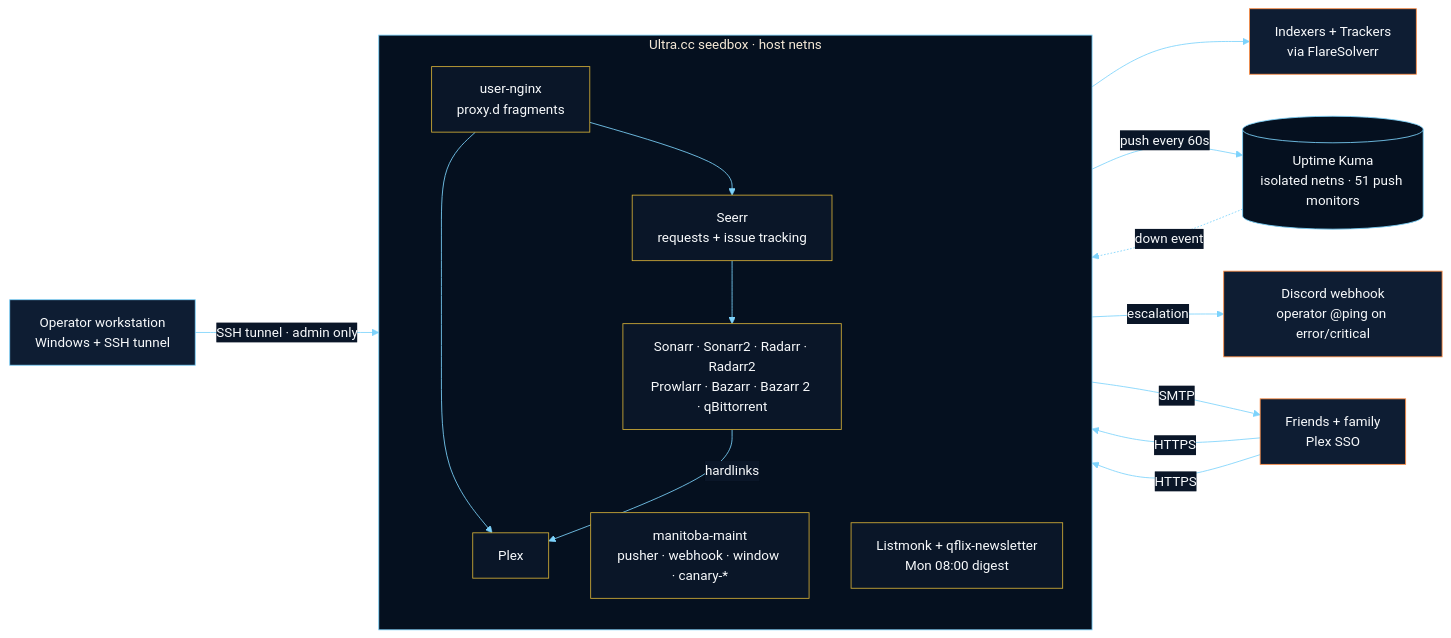
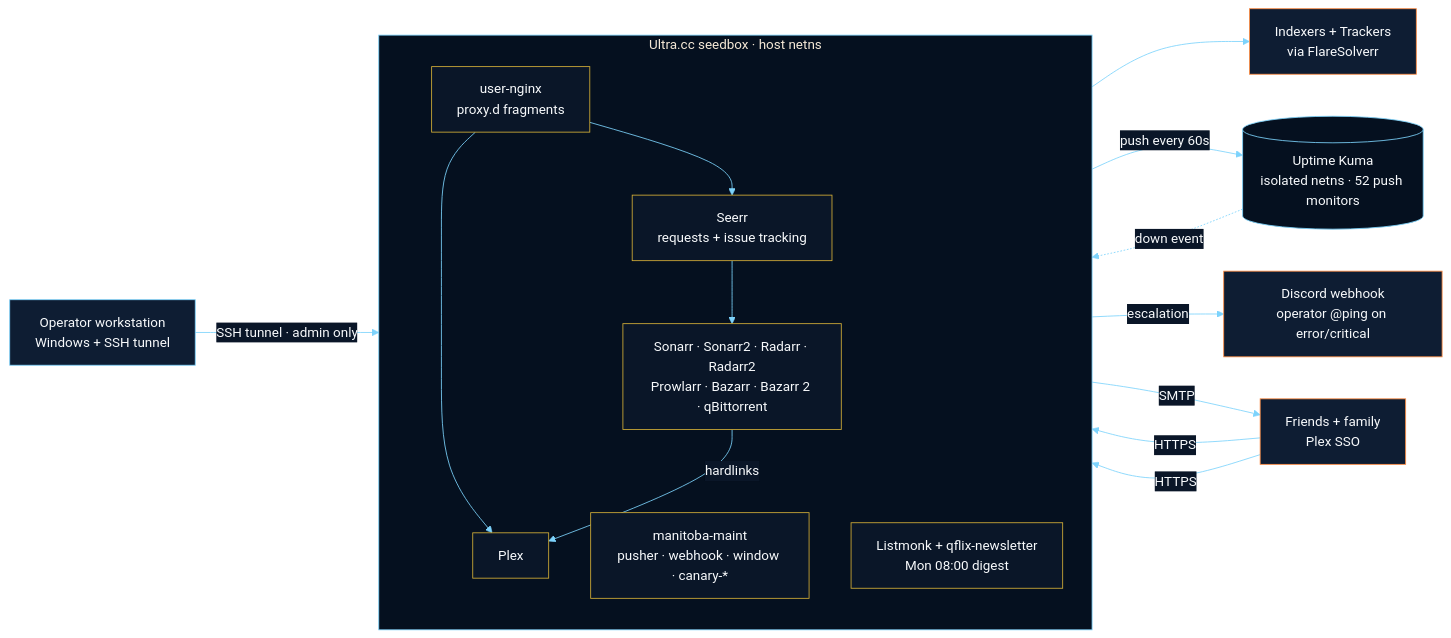
Before and after one commit to Quadstronaut/QFlix: the first of 6 diagrams in README.md, drawn with Mermaid. The commit also changed other lines of this file and 14 other files, not shown here.

````diff
--- a/README.md
+++ b/README.md
@@ -76,35 +76,35 @@
 ```mermaid
 %%{init: {'theme':'base','themeVariables':{'primaryColor':'#0e1d33','primaryTextColor':'#f8fafc','primaryBorderColor':'#ff8c42','lineColor':'#7dd3fc','secondaryColor':'#05101f','tertiaryColor':'#0a1628','clusterBkg':'#05101f','clusterBorder':'#7dd3fc','edgeLabelBackground':'#0a1628','fontFamily':'Segoe UI, Roboto, sans-serif'}}}%%
 flowchart LR
   classDef ext fill:#0e1d33,stroke:#ff8c42,color:#f8fafc
   classDef user fill:#0e1d33,stroke:#7dd3fc,color:#f8fafc
   classDef seedbox fill:#0a1628,stroke:#d4af37,color:#f8fafc
   classDef kuma fill:#05101f,stroke:#7dd3fc,color:#f8fafc
 
   user[Operator workstation<br/>Windows + SSH tunnel]:::user
   friends[Friends + family<br/>Plex SSO]:::ext
   ext[Indexers + Trackers<br/>via FlareSolverr]:::ext
 
   subgraph SB[Ultra.cc seedbox · host netns]
     direction TB
     nginx[user-nginx<br/>proxy.d fragments]:::seedbox
     plex[Plex]:::seedbox
     arr[Sonarr · Sonarr2 · Radarr · Radarr2<br/>Prowlarr · Bazarr · Bazarr 2 · qBittorrent]:::seedbox
     requests[Seerr<br/>requests + issue tracking]:::seedbox
     maint[manitoba-maint<br/>pusher · webhook · window · canary-*]:::seedbox
     comms[Listmonk + qflix-newsletter<br/>Mon 08:00 digest]:::seedbox
   end
 
-  kuma[(Uptime Kuma<br/>isolated netns · 51 push monitors)]:::kuma
+  kuma[(Uptime Kuma<br/>isolated netns · 52 push monitors)]:::kuma
   discord[Discord webhook<br/>operator @ping on error/critical]:::ext
 
   friends -->|HTTPS| nginx --> plex
   friends -->|HTTPS| nginx --> requests
   requests --> arr --> ext
   arr -->|hardlinks| plex
   user -->|SSH tunnel · admin only| arr
   maint -->|push every 60s| kuma
   kuma -.->|down event| maint
   maint -->|escalation| discord
   comms -->|SMTP| friends
 ```
````
